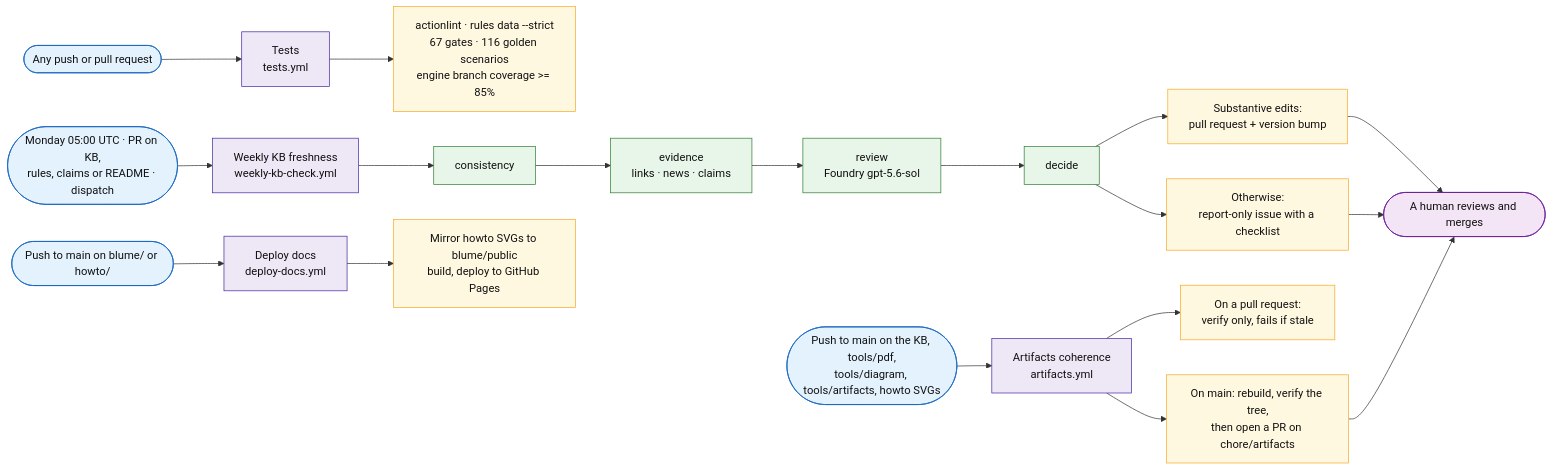
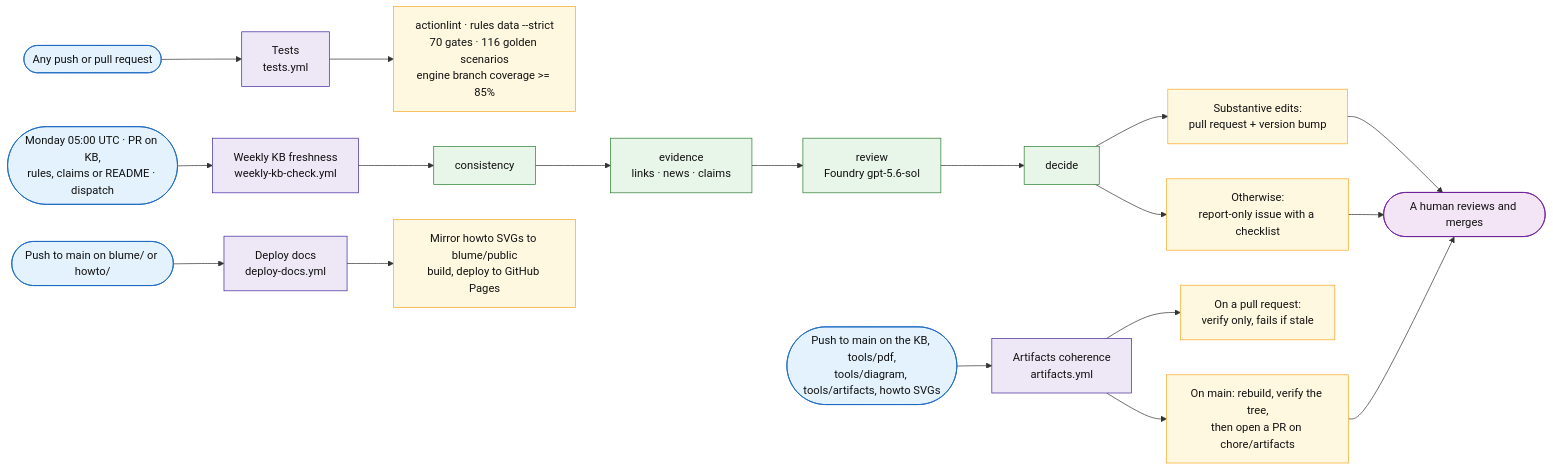
One commit to fredgis/sql-migration-advisor changed the sixth of 6 diagrams in docs/sql-migration-advisor-developer-pitch.md. Above: the diagram before and after it, drawn with Mermaid. The commit also changed 25 other files, not shown here.

````diff
--- a/docs/sql-migration-advisor-developer-pitch.md
+++ b/docs/sql-migration-advisor-developer-pitch.md
@@ -991,33 +991,33 @@
 ```mermaid
 flowchart LR
     G1([Any push or pull request]) --> W1[Tests<br/>tests.yml]
     G2([Monday 05:00 UTC · PR on KB,<br/>rules, claims or README · dispatch]) --> W2[Weekly KB freshness<br/>weekly-kb-check.yml]
     G3([Push to main on the KB, tools/pdf,<br/>tools/diagram, tools/artifacts, howto SVGs]) --> W3[Artifacts coherence<br/>artifacts.yml]
     G4([Push to main on blume/ or howto/]) --> W4[Deploy docs<br/>deploy-docs.yml]
 
-    W1 --> O1[actionlint · rules data --strict<br/>67 gates · 116 golden scenarios<br/>engine branch coverage >= 85%]
+    W1 --> O1[actionlint · rules data --strict<br/>70 gates · 116 golden scenarios<br/>engine branch coverage >= 85%]
 
     W2 --> C1[consistency] --> C2[evidence<br/>links · news · claims] --> C3[review<br/>Foundry gpt-5.6-sol] --> C4[decide]
     C4 --> O2a[Substantive edits:<br/>pull request + version bump]
     C4 --> O2b[Otherwise:<br/>report-only issue with a checklist]
 
     W3 --> O3a[On a pull request:<br/>verify only, fails if stale]
     W3 --> O3b[On main: rebuild, verify the tree,<br/>then open a PR on chore/artifacts]
 
     W4 --> O4[Mirror howto SVGs to blume/public<br/>build, deploy to GitHub Pages]
 
     O2a --> H([A human reviews and merges])
     O2b --> H
     O3b --> H
 
     classDef trig fill:#e3f2fd,stroke:#1565c0,color:#111
     classDef flow fill:#ede7f6,stroke:#4527a0,color:#111
     classDef step fill:#e8f5e9,stroke:#2e7d32,color:#111
     classDef out fill:#fff8e1,stroke:#f9a825,color:#111
     classDef human fill:#f3e5f5,stroke:#6a1b9a,color:#111
     class G1,G2,G3,G4 trig
     class W1,W2,W3,W4 flow
     class C1,C2,C3,C4 step
     class O1,O2a,O2b,O3a,O3b,O4 out
     class H human
 ```
````
